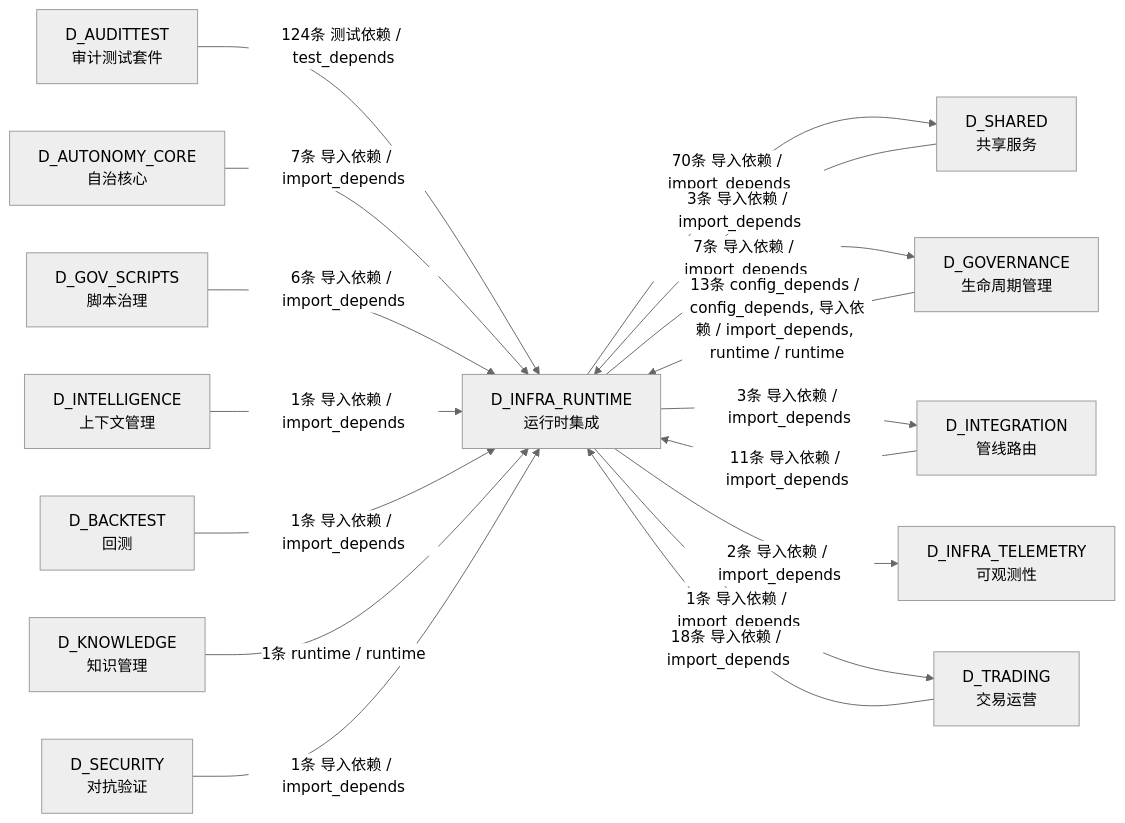
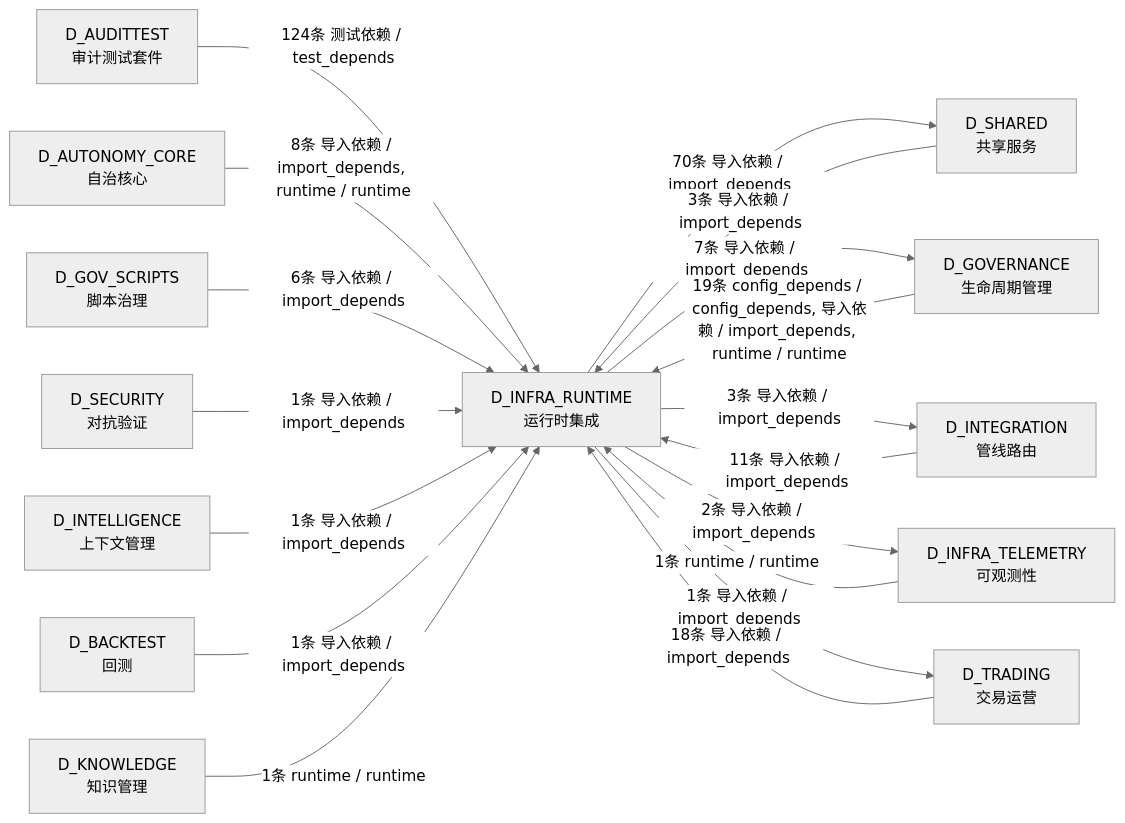
Before and after one commit to xuanFelixVan/ZephyrAlpha: the ninth of 9 diagrams in docs/02_enterprise_architecture/02_domain_architecture_docs/04_d_infra_runtime.md, drawn with Mermaid (neutral theme). The commit also changed other lines of this file and 100 other files, not shown here.

````diff
--- a/docs/02_enterprise_architecture/02_domain_architecture_docs/04_d_infra_runtime.md
+++ b/docs/02_enterprise_architecture/02_domain_architecture_docs/04_d_infra_runtime.md
@@ -1288,32 +1307,33 @@
 ```mermaid
 graph LR
     D_INFRA_RUNTIME["D_INFRA_RUNTIME<br/>运行时集成"]
     D_SHARED["D_SHARED<br/>共享服务"]
     D_GOVERNANCE["D_GOVERNANCE<br/>生命周期管理"]
     D_INTEGRATION["D_INTEGRATION<br/>管线路由"]
     D_INFRA_TELEMETRY["D_INFRA_TELEMETRY<br/>可观测性"]
     D_TRADING["D_TRADING<br/>交易运营"]
     D_AUDITTEST["D_AUDITTEST<br/>审计测试套件"]
     D_AUTONOMY_CORE["D_AUTONOMY_CORE<br/>自治核心"]
     D_GOV_SCRIPTS["D_GOV_SCRIPTS<br/>脚本治理"]
+    D_SECURITY["D_SECURITY<br/>对抗验证"]
     D_INTELLIGENCE["D_INTELLIGENCE<br/>上下文管理"]
     D_BACKTEST["D_BACKTEST<br/>回测"]
     D_KNOWLEDGE["D_KNOWLEDGE<br/>知识管理"]
-    D_SECURITY["D_SECURITY<br/>对抗验证"]
     D_INFRA_RUNTIME -->|70条 导入依赖 / import_depends| D_SHARED
     D_INFRA_RUNTIME -->|7条 导入依赖 / import_depends| D_GOVERNANCE
     D_INFRA_RUNTIME -->|3条 导入依赖 / import_depends| D_INTEGRATION
     D_INFRA_RUNTIME -->|2条 导入依赖 / import_depends| D_INFRA_TELEMETRY
     D_INFRA_RUNTIME -->|1条 导入依赖 / import_depends| D_TRADING
     D_AUDITTEST -->|124条 测试依赖 / test_depends| D_INFRA_RUNTIME
+    D_GOVERNANCE -->|19条 config_depends / config_depends, 导入依赖 / import_depends, runtime / runtime| D_INFRA_RUNTIME
     D_TRADING -->|18条 导入依赖 / import_depends| D_INFRA_RUNTIME
-    D_GOVERNANCE -->|13条 config_depends / config_depends, 导入依赖 / import_depends, runtime / runtime| D_INFRA_RUNTIME
     D_INTEGRATION -->|11条 导入依赖 / import_depends| D_INFRA_RUNTIME
-    D_AUTONOMY_CORE -->|7条 导入依赖 / import_depends| D_INFRA_RUNTIME
+    D_AUTONOMY_CORE -->|8条 导入依赖 / import_depends, runtime / runtime| D_INFRA_RUNTIME
     D_GOV_SCRIPTS -->|6条 导入依赖 / import_depends| D_INFRA_RUNTIME
     D_SHARED -->|3条 导入依赖 / import_depends| D_INFRA_RUNTIME
+    D_SECURITY -->|1条 导入依赖 / import_depends| D_INFRA_RUNTIME
     D_INTELLIGENCE -->|1条 导入依赖 / import_depends| D_INFRA_RUNTIME
+    D_INFRA_TELEMETRY -->|1条 runtime / runtime| D_INFRA_RUNTIME
     D_BACKTEST -->|1条 导入依赖 / import_depends| D_INFRA_RUNTIME
     D_KNOWLEDGE -->|1条 runtime / runtime| D_INFRA_RUNTIME
-    D_SECURITY -->|1条 导入依赖 / import_depends| D_INFRA_RUNTIME
 ```
````
